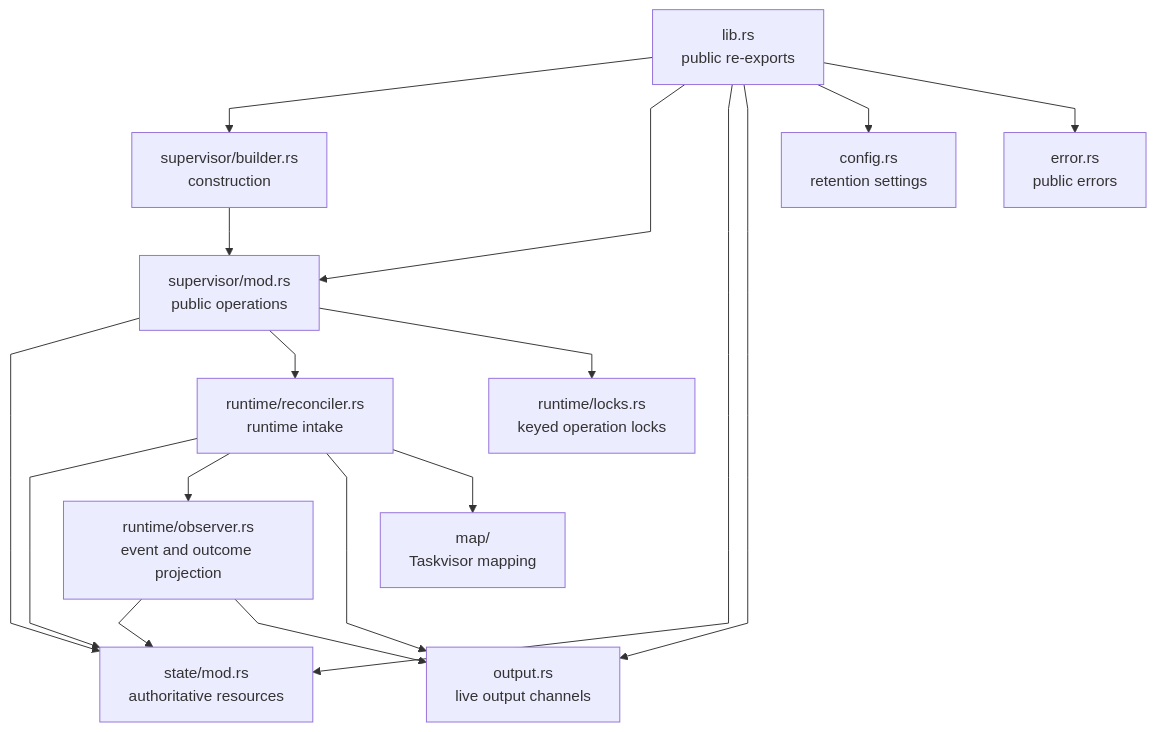
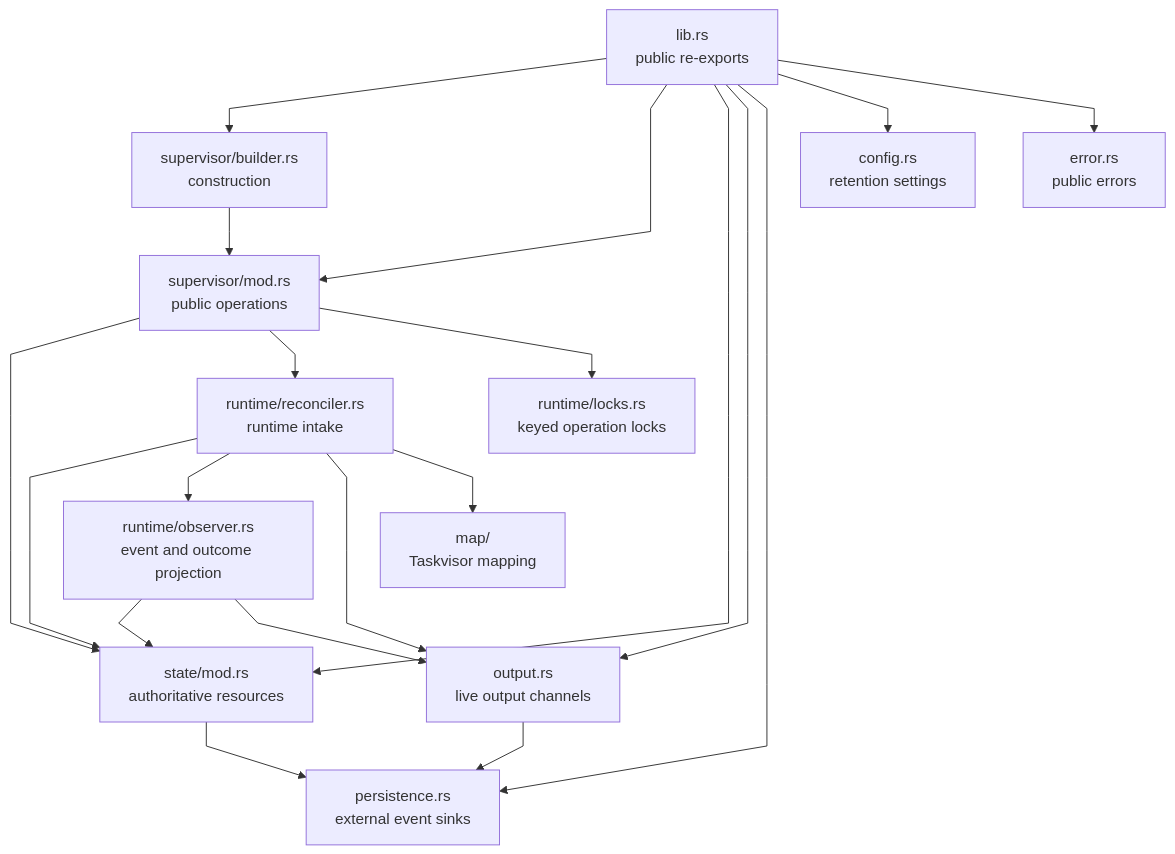
The first of 8 diagrams in crates/solti-core/ARCHITECTURE.md (soltiHQ/sdk), drawn with Mermaid before and after one commit. The commit also changed other lines of this file and 9 other files, not shown here.

First line of the commit message:
[core] Add persistence hooks for task state and output (#53)

````diff
--- a/crates/solti-core/ARCHITECTURE.md
+++ b/crates/solti-core/ARCHITECTURE.md
@@ -13,33 +13,37 @@
 ```mermaid
 %%{init: {"flowchart": {"curve": "linear"}}}%%
 flowchart TB
     Public["lib.rs<br/>public re-exports"]
     Builder["supervisor/builder.rs<br/>construction"]
     Api["supervisor/mod.rs<br/>public operations"]
     State["state/mod.rs<br/>authoritative resources"]
     Reconciler["runtime/reconciler.rs<br/>runtime intake"]
     Observer["runtime/observer.rs<br/>event and outcome projection"]
     Locks["runtime/locks.rs<br/>keyed operation locks"]
     Output["output.rs<br/>live output channels"]
+    Persistence["persistence.rs<br/>external event sinks"]
     Map["map/<br/>Taskvisor mapping"]
     Config["config.rs<br/>retention settings"]
     Error["error.rs<br/>public errors"]
 
     Public --> Builder
     Public --> Api
     Public --> State
     Public --> Output
+    Public --> Persistence
     Public --> Config
     Public --> Error
 
     Builder --> Api
     Api --> State
     Api --> Reconciler
     Api --> Locks
     Reconciler --> State
     Reconciler --> Observer
     Reconciler --> Output
     Reconciler --> Map
     Observer --> State
     Observer --> Output
+    State --> Persistence
+    Output --> Persistence
 ```
````
